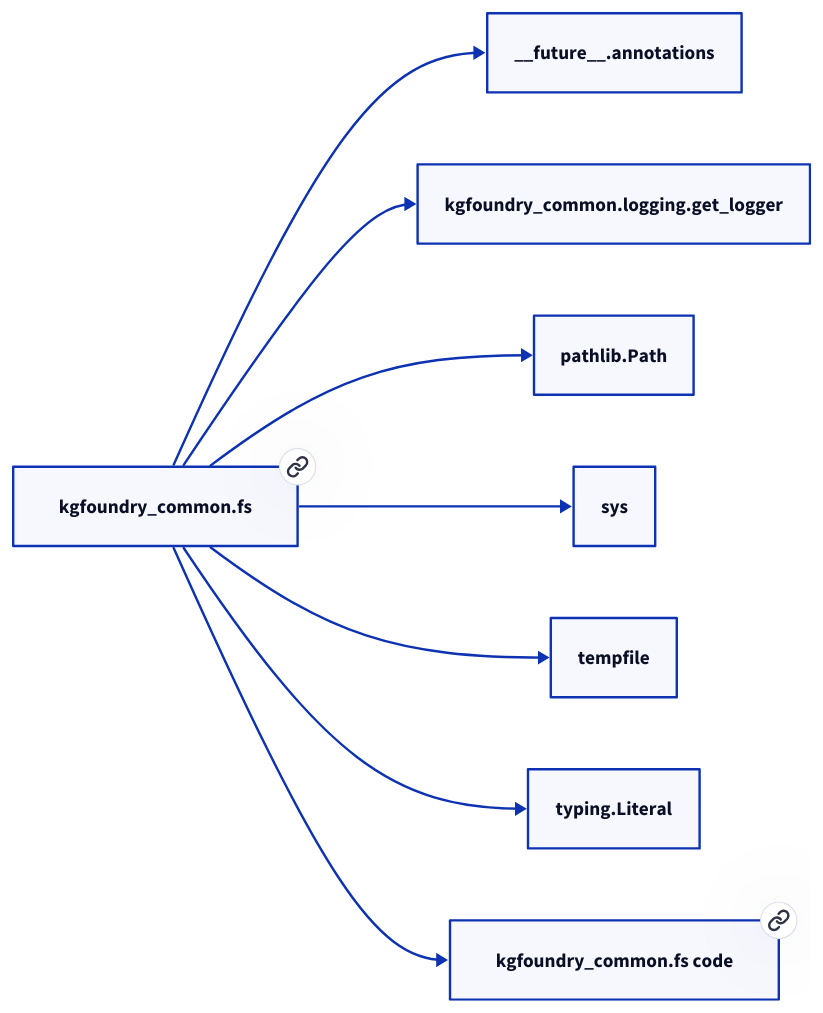
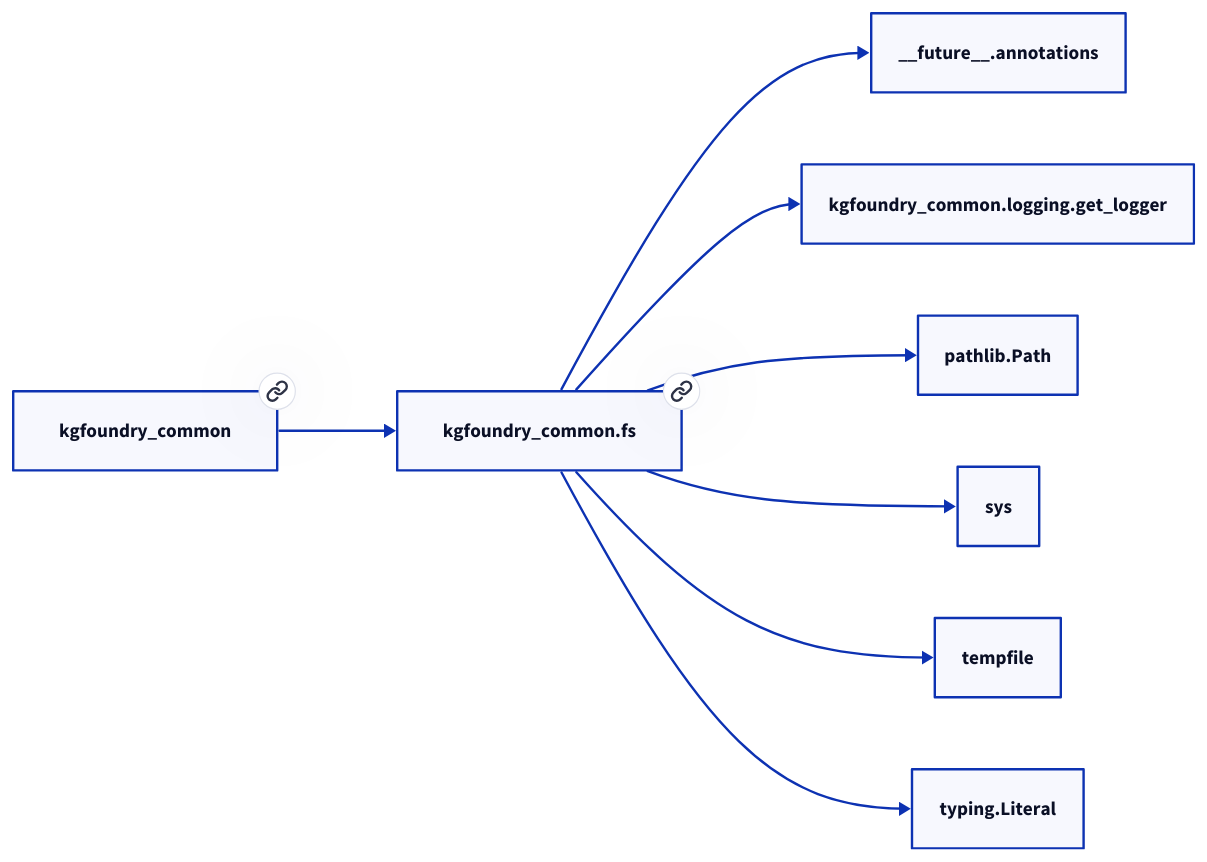
The diagram in docs/modules/kgfoundry_common/fs.md (paul-heyse/kgforge), drawn with D2 before and after one commit. The commit also changed other lines of this file and 208 other files, not shown here.

````diff
--- a/docs/modules/kgfoundry_common/fs.md
+++ b/docs/modules/kgfoundry_common/fs.md
@@ -45,18 +49,18 @@
 ```d2
 direction: right
-"kgfoundry_common.fs": "kgfoundry_common.fs" { link: "./kgfoundry_common/fs.md" }
+"kgfoundry_common.fs": "kgfoundry_common.fs" { link: "https://github.com/paul-heyse/kgfoundry/blob/main/src/kgfoundry_common/fs.py" }
 "__future__.annotations": "__future__.annotations"
 "kgfoundry_common.fs" -> "__future__.annotations"
 "kgfoundry_common.logging.get_logger": "kgfoundry_common.logging.get_logger"
 "kgfoundry_common.fs" -> "kgfoundry_common.logging.get_logger"
 "pathlib.Path": "pathlib.Path"
 "kgfoundry_common.fs" -> "pathlib.Path"
 "sys": "sys"
 "kgfoundry_common.fs" -> "sys"
 "tempfile": "tempfile"
 "kgfoundry_common.fs" -> "tempfile"
 "typing.Literal": "typing.Literal"
 "kgfoundry_common.fs" -> "typing.Literal"
-"kgfoundry_common.fs_code": "kgfoundry_common.fs code" { link: "https://github.com/kgfoundry/kgfoundry/blob/main/src/kgfoundry_common/fs.py" }
-"kgfoundry_common.fs" -> "kgfoundry_common.fs_code" { style: dashed }
+"kgfoundry_common": "kgfoundry_common" { link: "https://github.com/paul-heyse/kgfoundry/blob/main/src/kgfoundry_common/__init__.py" }
+"kgfoundry_common" -> "kgfoundry_common.fs" { style: dashed }
 ```
````
